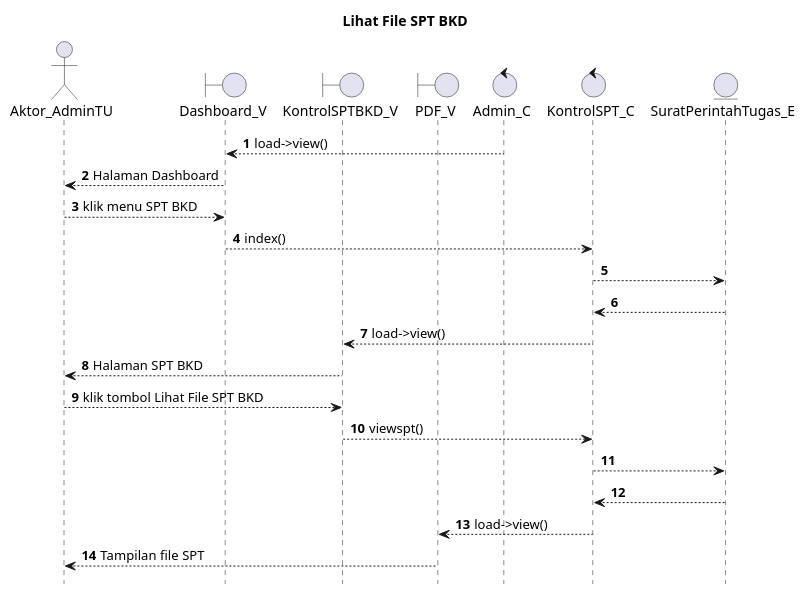
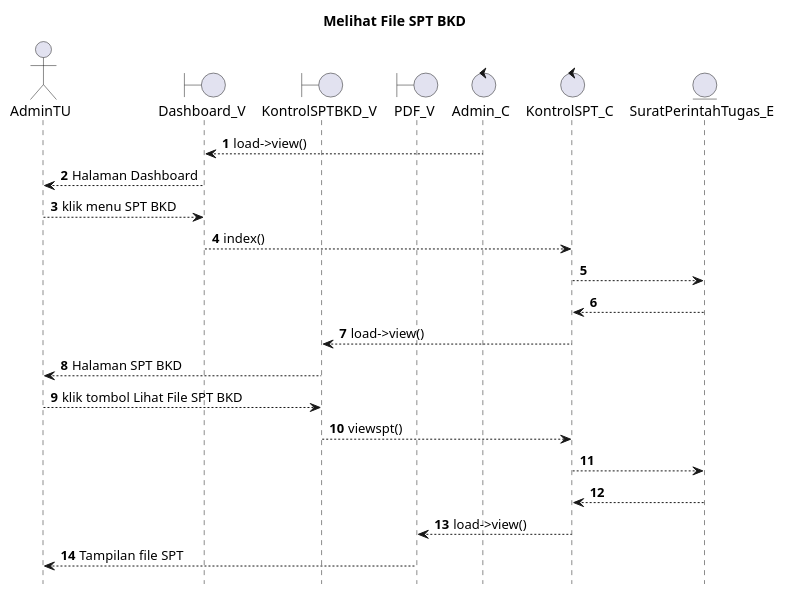
One commit to kurniado729/sistem_kp changed the diagram in SELAIN SISTEM/UML/SEQUENCE/admin tu/ViewFileSPTBKD.puml. Above: the diagram before and after it, drawn with PlantUML. The commit also changed 185 other files, not shown here.

Commit message:
masukkan sequence di laporan

```diff
--- a/SELAIN SISTEM/UML/SEQUENCE/admin tu/ViewFileSPTBKD.puml
+++ b/SELAIN SISTEM/UML/SEQUENCE/admin tu/ViewFileSPTBKD.puml
@@ -1,33 +1,33 @@
 @startuml
 
 autonumber
 hide footbox
-title Lihat File SPT BKD
+title Melihat File SPT BKD
 
-Actor Aktor_AdminTU
+Actor AdminTU
 boundary Dashboard_V
 boundary KontrolSPTBKD_V
 boundary PDF_V
 control Admin_C
 control KontrolSPT_C
 Entity SuratPerintahTugas_E
 
 Admin_C --> Dashboard_V: load->view()
-Dashboard_V --> Aktor_AdminTU: Halaman Dashboard
-Aktor_AdminTU --> Dashboard_V: klik menu SPT BKD
+Dashboard_V --> AdminTU: Halaman Dashboard
+AdminTU --> Dashboard_V: klik menu SPT BKD
 Dashboard_V --> KontrolSPT_C: index()
 KontrolSPT_C --> SuratPerintahTugas_E:
     
     SuratPerintahTugas_E --> KontrolSPT_C:
     KontrolSPT_C --> KontrolSPTBKD_V: load->view()
-    KontrolSPTBKD_V --> Aktor_AdminTU: Halaman SPT BKD
+    KontrolSPTBKD_V --> AdminTU: Halaman SPT BKD
 
-Aktor_AdminTU --> KontrolSPTBKD_V: klik tombol Lihat File SPT BKD
+AdminTU --> KontrolSPTBKD_V: klik tombol Lihat File SPT BKD
 KontrolSPTBKD_V --> KontrolSPT_C: viewspt()
 KontrolSPT_C --> SuratPerintahTugas_E:
    
     SuratPerintahTugas_E --> KontrolSPT_C:
     KontrolSPT_C --> PDF_V: load->view()
-    PDF_V --> Aktor_AdminTU: Tampilan file SPT
+    PDF_V --> AdminTU: Tampilan file SPT
 
 @enduml
```
